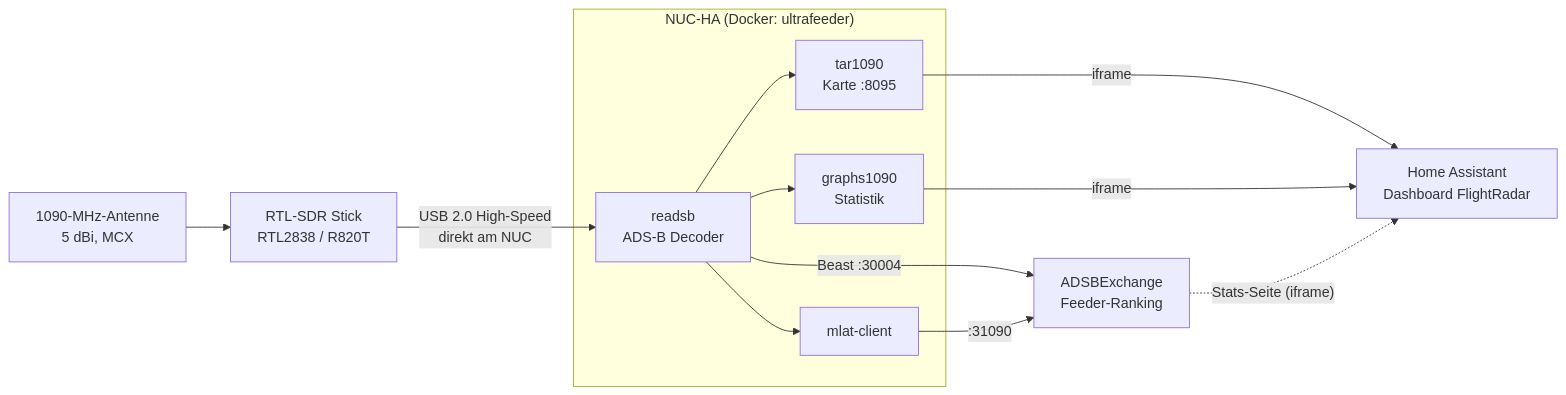
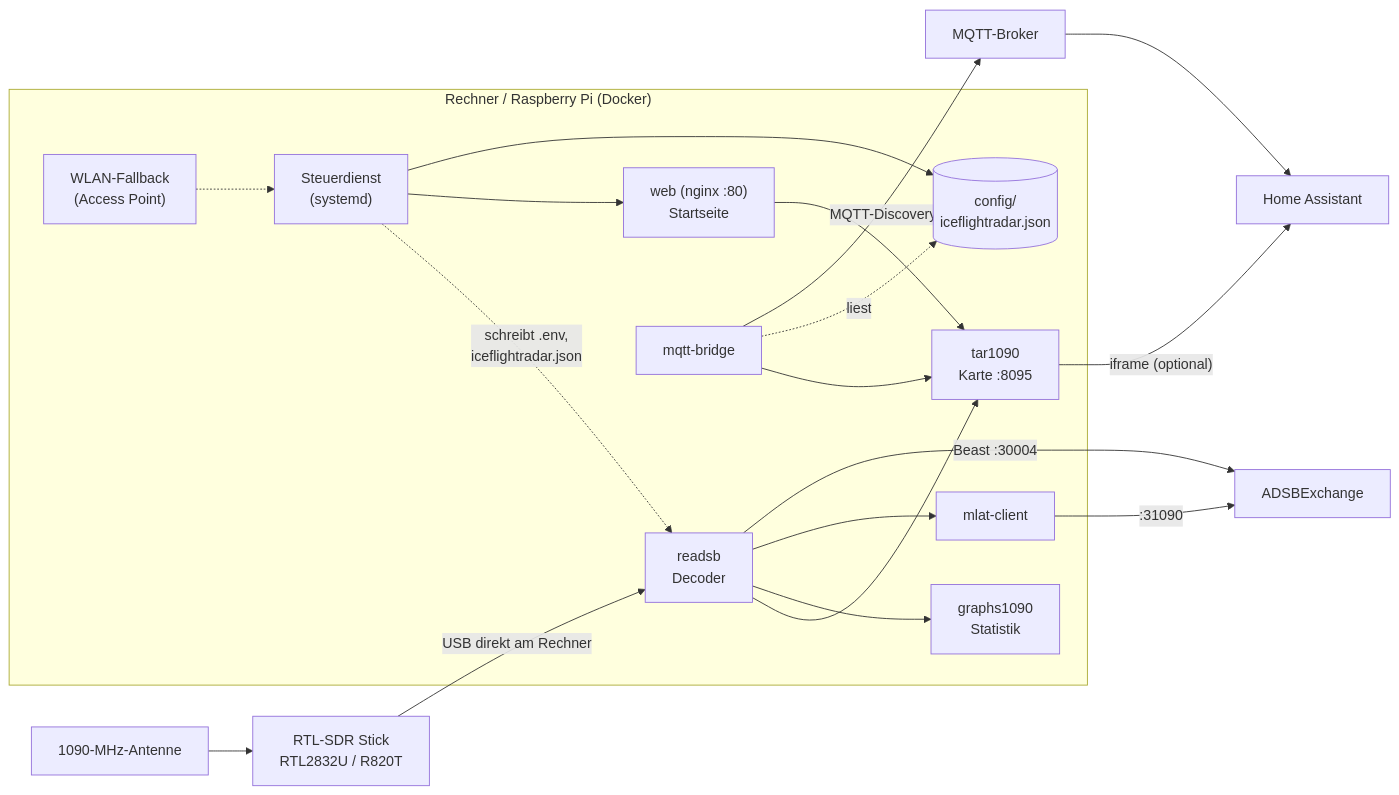
Before and after one commit to icepaule/IceHomeAssist: the diagram in IceFlightRadar/README.md, drawn with Mermaid. The commit also changed other lines of this file and 18 other files, not shown here.

First line of the commit message:
IceFlightRadar: Standalone-Weboberflaeche, Konfigseite, MQTT-Bridge, WLAN-Fallback

````diff
--- a/IceFlightRadar/README.md
+++ b/IceFlightRadar/README.md
@@ -23,15 +43,21 @@
 ```mermaid
 flowchart LR
-    ANT["1090-MHz-Antenne<br/>5 dBi, MCX"] --> SDR["RTL-SDR Stick<br/>RTL2838 / R820T"]
-    SDR -- "USB 2.0 High-Speed<br/>direkt am NUC" --> RSB
-    subgraph NUC["NUC-HA (Docker: ultrafeeder)"]
-        RSB["readsb<br/>ADS-B Decoder"] --> T1090["tar1090<br/>Karte :8095"]
+    ANT["1090-MHz-Antenne"] --> SDR["RTL-SDR Stick<br/>RTL2832U / R820T"]
+    SDR -- "USB direkt am Rechner" --> RSB
+    subgraph HOST["Rechner / Raspberry Pi (Docker)"]
+        RSB["readsb<br/>Decoder"] --> T1090["tar1090<br/>Karte :8095"]
         RSB --> G1090["graphs1090<br/>Statistik"]
         RSB --> MLATC["mlat-client"]
+        WEB["web (nginx :80)<br/>Startseite"] --> T1090
+        BR["mqtt-bridge"] --> T1090
+        CTL["Steuerdienst<br/>(systemd)"] -. "schreibt .env,<br/>iceflightradar.json" .-> RSB
+        CTL --> WEB
+        BR -. "liest" .-> CFG[("config/<br/>iceflightradar.json")]
+        CTL --> CFG
+        AP["WLAN-Fallback<br/>(Access Point)"] -.-> CTL
     end
-    T1090 -- iframe --> HA["Home Assistant<br/>Dashboard FlightRadar"]
-    G1090 -- iframe --> HA
-    RSB -- "Beast :30004" --> ADSBX["ADSBExchange<br/>Feeder-Ranking"]
+    BR -- "MQTT-Discovery" --> MQ["MQTT-Broker"] --> HA["Home Assistant"]
+    T1090 -- "iframe (optional)" --> HA
+    RSB -- "Beast :30004" --> ADSBX["ADSBExchange"]
     MLATC -- ":31090" --> ADSBX
-    ADSBX -. "Stats-Seite (iframe)" .-> HA
 ```
````
